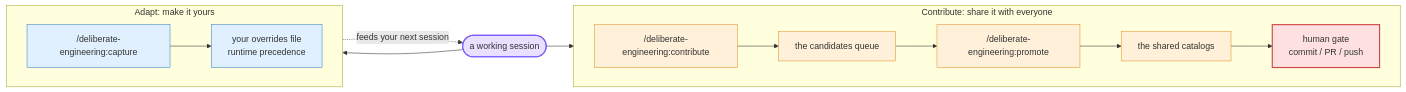
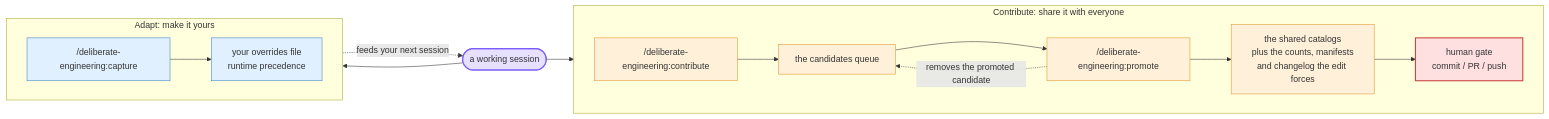
One commit to lucasfugisawa/deliberate-engineering changed the third of 3 diagrams in docs/architecture-and-usage.md. Above: the diagram before and after it, drawn with Mermaid. The commit also changed other lines of this file and 34 other files, not shown here.

````diff
--- a/docs/architecture-and-usage.md
+++ b/docs/architecture-and-usage.md
@@ -93,34 +104,35 @@
 ```mermaid
 flowchart LR
     session(["a working session"])
 
     subgraph adapt["Adapt: make it yours"]
         direction LR
         capture["/deliberate-engineering:capture"]
         overrides["your overrides file<br/>runtime precedence"]
         capture --> overrides
     end
 
     subgraph share["Contribute: share it with everyone"]
         direction LR
         contribute["/deliberate-engineering:contribute"]
         queue["the candidates queue"]
         promote["/deliberate-engineering:promote"]
-        catalog["the shared catalogs"]
+        catalog["the shared catalogs<br/>plus the counts, manifests<br/>and changelog the edit forces"]
         gate["human gate<br/>commit / PR / push"]
         contribute --> queue --> promote --> catalog --> gate
+        promote -.->|removes the promoted candidate| queue
     end
 
     session --> capture
     session --> contribute
     overrides -.->|feeds your next session| session
 
     classDef session fill:#e8e0ff,stroke:#7c5cff,stroke-width:2px;
     classDef adopter fill:#e0f0ff,stroke:#3b82c4,stroke-width:1px;
     classDef author fill:#fff0d9,stroke:#e0962e,stroke-width:1px;
     classDef gate fill:#ffe0e0,stroke:#cc4444,stroke-width:2px;
     class session session
     class capture,overrides adopter
     class contribute,queue,promote,catalog author
     class gate gate
 ```
````
